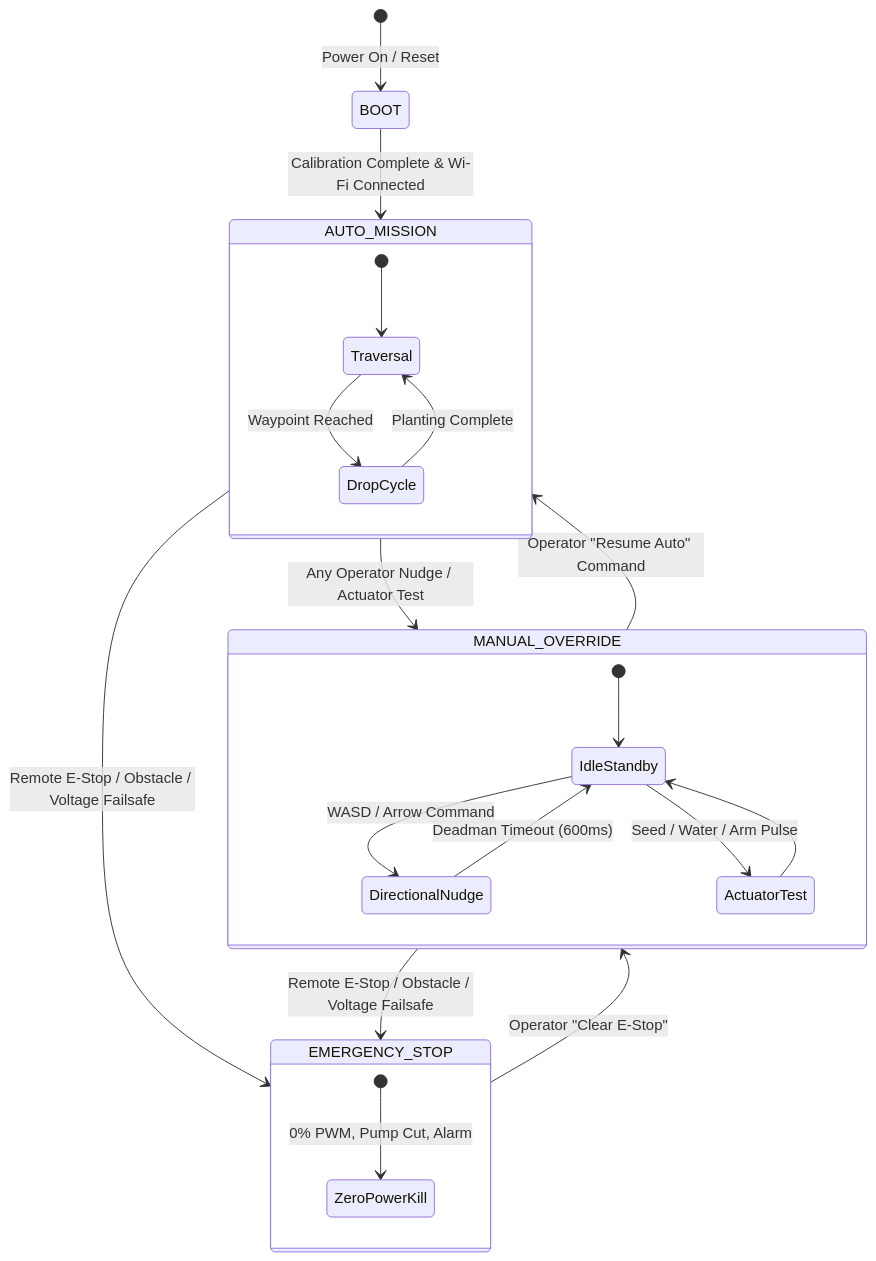
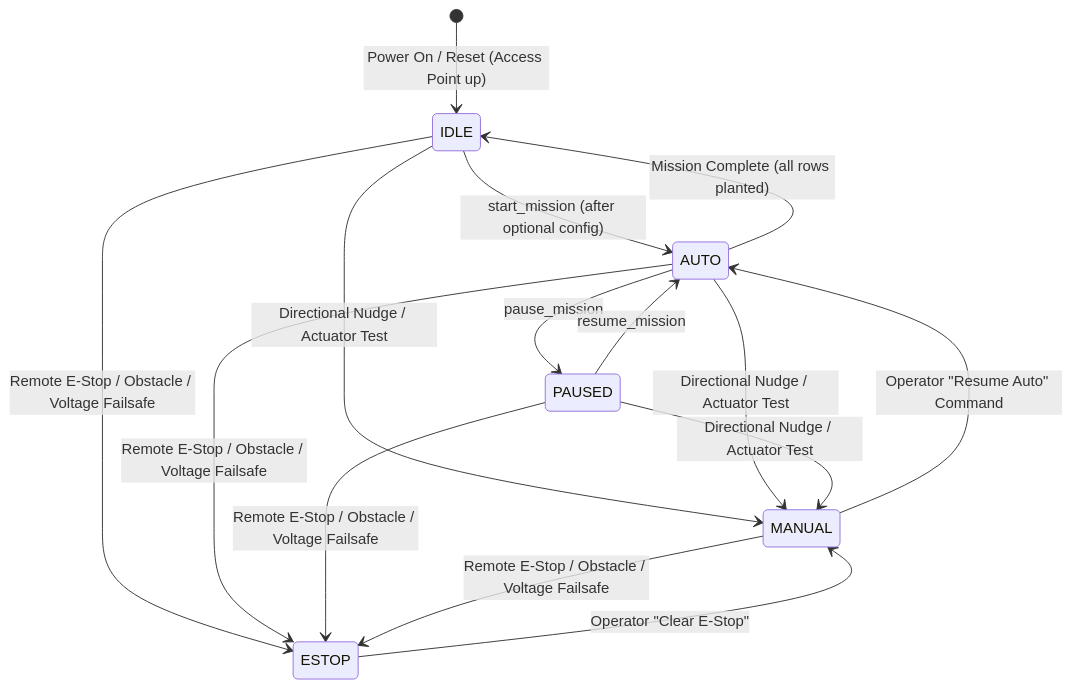
The second of 4 diagrams in docs/ARCHITECTURE_KNOWLEDGE_BASE.md (Elikplim-N/rover-mission-manager), drawn with Mermaid before and after one commit. The commit also changed other lines of this file, not shown here.

First line of the commit message:
docs: bring architecture knowledge base in line with local-first + AP mode

````diff
--- a/docs/ARCHITECTURE_KNOWLEDGE_BASE.md
+++ b/docs/ARCHITECTURE_KNOWLEDGE_BASE.md
@@ -123,30 +124,19 @@
 ```mermaid
 stateDiagram-v2
-    [*] --> BOOT : Power On / Reset
-    BOOT --> AUTO_MISSION : Calibration Complete & Wi-Fi Connected
+    [*] --> IDLE : Power On / Reset (Access Point up)
+    IDLE --> AUTO : start_mission (after optional config)
+    AUTO --> PAUSED : pause_mission
+    PAUSED --> AUTO : resume_mission
+    AUTO --> IDLE : Mission Complete (all rows planted)
 
-    state AUTO_MISSION {
-        [*] --> Traversal
-        Traversal --> DropCycle : Waypoint Reached
-        DropCycle --> Traversal : Planting Complete
-    }
+    IDLE --> MANUAL : Directional Nudge / Actuator Test
+    AUTO --> MANUAL : Directional Nudge / Actuator Test
+    PAUSED --> MANUAL : Directional Nudge / Actuator Test
+    MANUAL --> AUTO : Operator "Resume Auto" Command
 
-    state MANUAL_OVERRIDE {
-        [*] --> IdleStandby
-        IdleStandby --> DirectionalNudge : WASD / Arrow Command
-        DirectionalNudge --> IdleStandby : Deadman Timeout (600ms)
-        IdleStandby --> ActuatorTest : Seed / Water / Arm Pulse
-        ActuatorTest --> IdleStandby
-    }
-
-    state EMERGENCY_STOP {
-        [*] --> ZeroPowerKill : 0% PWM, Pump Cut, Alarm
-    }
-
-    AUTO_MISSION --> MANUAL_OVERRIDE : Any Operator Nudge / Actuator Test
-    MANUAL_OVERRIDE --> AUTO_MISSION : Operator "Resume Auto" Command
-
-    AUTO_MISSION --> EMERGENCY_STOP : Remote E-Stop / Obstacle / Voltage Failsafe
-    MANUAL_OVERRIDE --> EMERGENCY_STOP : Remote E-Stop / Obstacle / Voltage Failsafe
-    EMERGENCY_STOP --> MANUAL_OVERRIDE : Operator "Clear E-Stop"
+    IDLE --> ESTOP : Remote E-Stop / Obstacle / Voltage Failsafe
+    AUTO --> ESTOP : Remote E-Stop / Obstacle / Voltage Failsafe
+    PAUSED --> ESTOP : Remote E-Stop / Obstacle / Voltage Failsafe
+    MANUAL --> ESTOP : Remote E-Stop / Obstacle / Voltage Failsafe
+    ESTOP --> MANUAL : Operator "Clear E-Stop"
 ```
````
